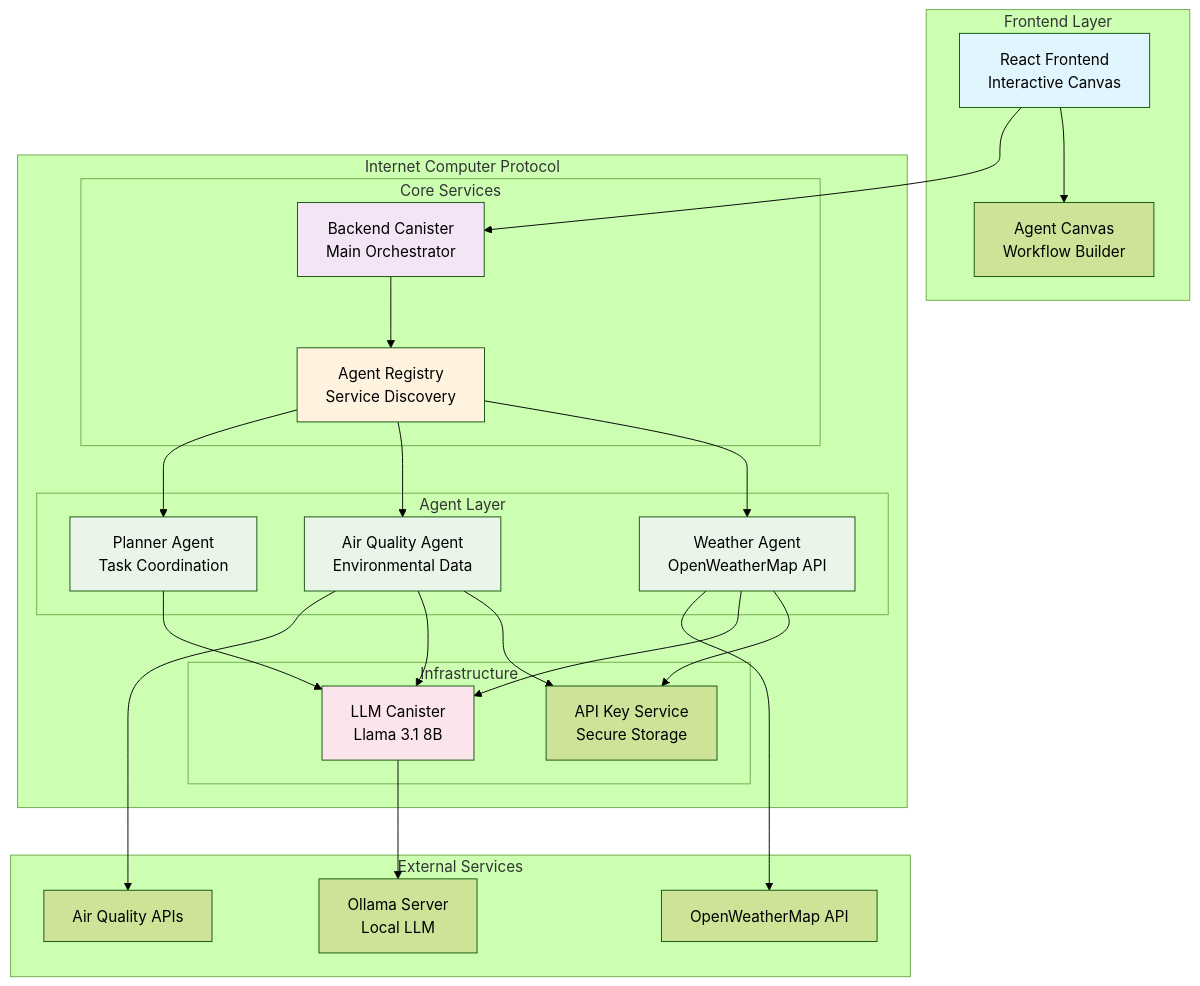
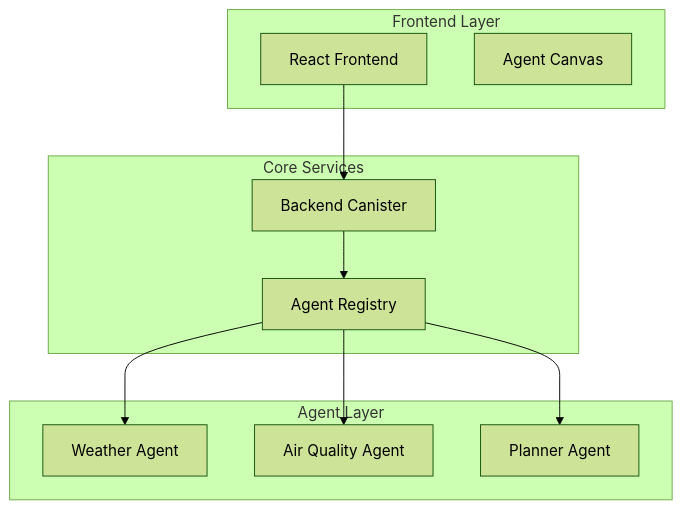
The diagram in README.md (zephyrzth/whcl-2025-momus), drawn with Mermaid (forest theme) before and after one commit. The commit also changed other lines of this file, not shown here.

````diff
--- a/README.md
+++ b/README.md
@@ -24,57 +18,24 @@
 ```mermaid
 graph TB
     subgraph "Frontend Layer"
-        UI[React Frontend<br/>Interactive Canvas]
-        UI --> Canvas[Agent Canvas<br/>Workflow Builder]
+        UI[React Frontend]
+        Canvas[Agent Canvas]
     end
 
-    subgraph "Internet Computer Protocol"
-        subgraph "Core Services"
-            Backend[Backend Canister<br/>Main Orchestrator]
-            Registry[Agent Registry<br/>Service Discovery]
-        end
-
-        subgraph "Agent Layer"
-            Weather[Weather Agent<br/>OpenWeatherMap API]
-            AirQuality[Air Quality Agent<br/>Environmental Data]
-            Planner[Planner Agent<br/>Task Coordination]
-        end
-
-        subgraph "Infrastructure"
-            LLM[LLM Canister<br/>Llama 3.1 8B]
-            ApiKeys[API Key Service<br/>Secure Storage]
-        end
+    subgraph "Core Services"
+        Backend[Backend Canister]
+        Registry[Agent Registry]
     end
 
-    subgraph "External Services"
-        OpenWeather[OpenWeatherMap API]
-        AirAPI[Air Quality APIs]
-        Ollama[Ollama Server<br/>Local LLM]
+    subgraph "Agent Layer"
+        Weather[Weather Agent]
+        AirQuality[Air Quality Agent]
+        Planner[Planner Agent]
     end
 
     UI --> Backend
     Backend --> Registry
     Registry --> Weather
     Registry --> AirQuality
     Registry --> Planner
-
-    Weather --> ApiKeys
-    AirQuality --> ApiKeys
-
-    Weather --> LLM
-    AirQuality --> LLM
-    Planner --> LLM
-
-    LLM --> Ollama
-
-    Weather --> OpenWeather
-    AirQuality --> AirAPI
-
-    style UI fill:#e1f5fe
-    style Backend fill:#f3e5f5
-    style Registry fill:#fff3e0
-    style Weather fill:#e8f5e8
-    style AirQuality fill:#e8f5e8
-    style Planner fill:#e8f5e8
-    style LLM fill:#fce4ec
 ```
````
